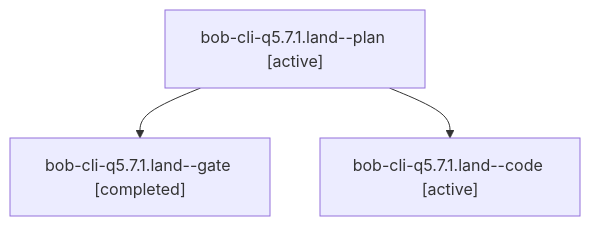
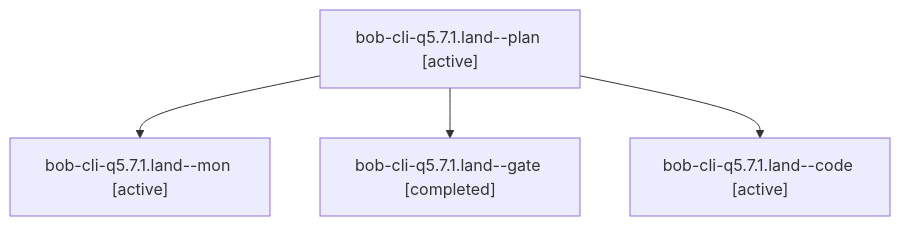
The diagram in sessions/bbugyi200.athena.bob-cli-q5.7.1.land.md (bobs-org/bob-cli--agents), drawn with Mermaid before and after one commit. The commit also changed other lines of this file and 137 other files, not shown here.

````diff
--- a/sessions/bbugyi200.athena.bob-cli-q5.7.1.land.md
+++ b/sessions/bbugyi200.athena.bob-cli-q5.7.1.land.md
@@ -9,8 +9,10 @@
 ```mermaid
 flowchart TD
   n0["bob-cli-q5.7.1.land--plan [active]"]
-  n1["bob-cli-q5.7.1.land--gate [completed]"]
+  n1["bob-cli-q5.7.1.land--mon [active]"]
   n0 --> n1
-  n2["bob-cli-q5.7.1.land--code [active]"]
+  n2["bob-cli-q5.7.1.land--gate [completed]"]
   n0 --> n2
+  n3["bob-cli-q5.7.1.land--code [active]"]
+  n0 --> n3
 ```
````
